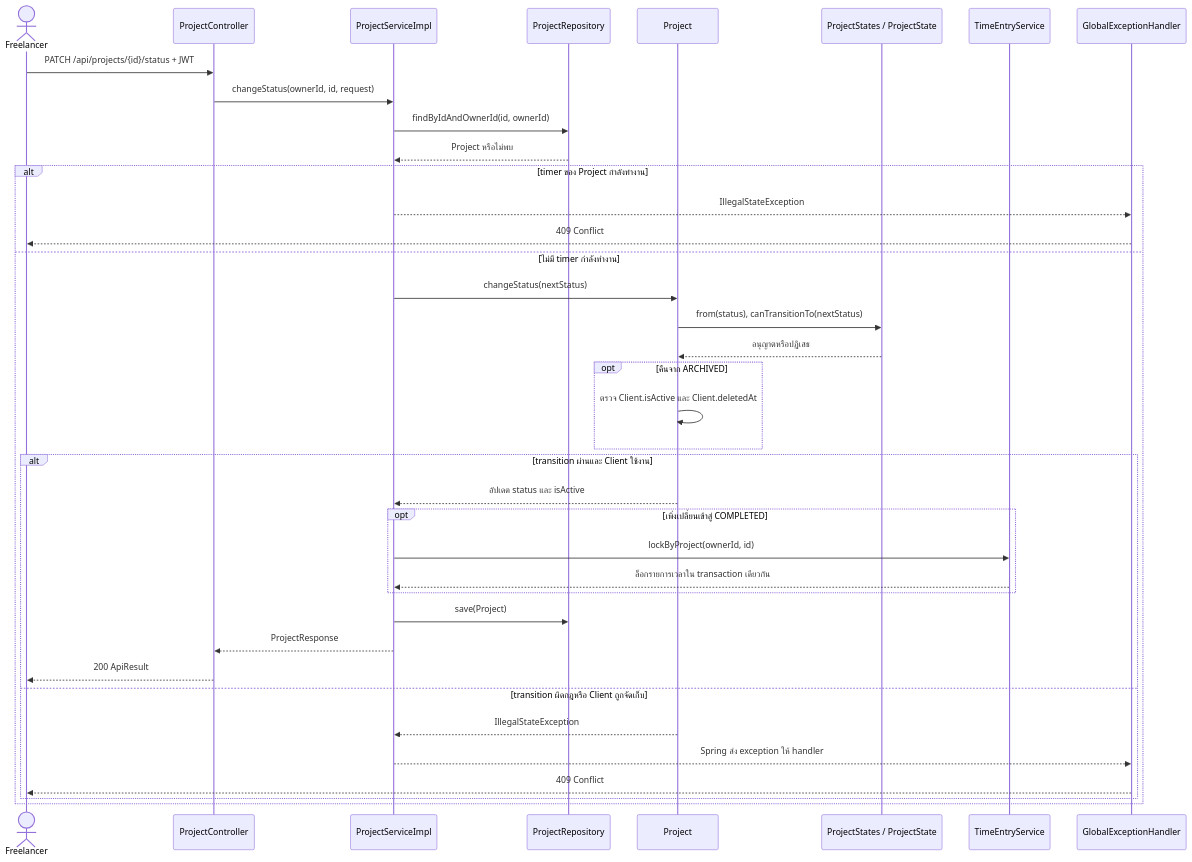
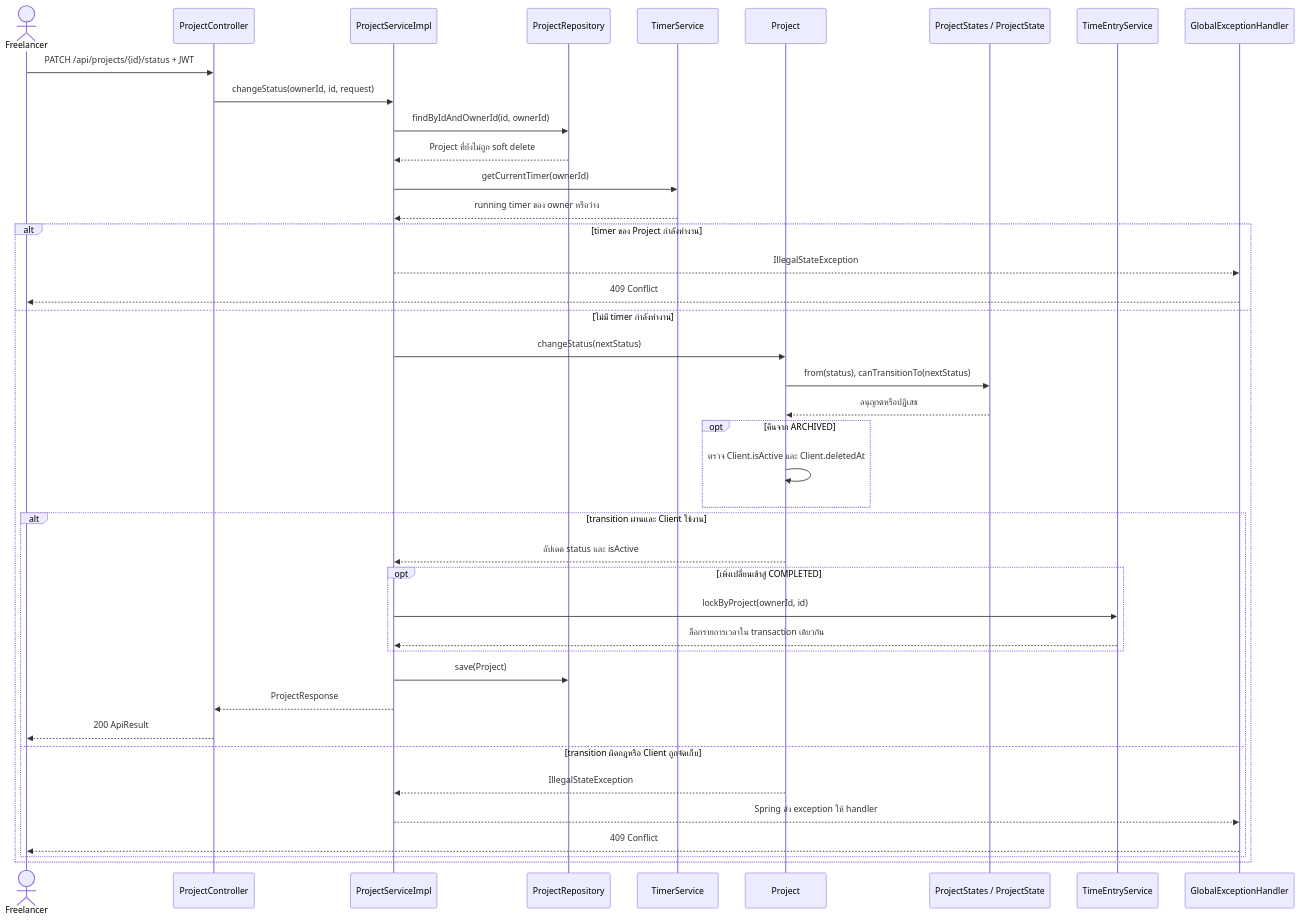
The diagram in doc/V1/USECASE/kantavit-usecase.md (lillianxhub/freelance-hub), drawn with Mermaid before and after one commit. The commit also changed other lines of this file and 7 other files, not shown here.

````diff
--- a/doc/V1/USECASE/kantavit-usecase.md
+++ b/doc/V1/USECASE/kantavit-usecase.md
@@ -128,40 +131,43 @@
 ```mermaid
 sequenceDiagram
     actor F as Freelancer
     participant C as ProjectController
     participant S as ProjectServiceImpl
     participant R as ProjectRepository
+    participant T as TimerService
     participant P as Project
     participant ST as ProjectStates / ProjectState
     participant TE as TimeEntryService
     participant H as GlobalExceptionHandler
     F->>C: PATCH /api/projects/{id}/status + JWT
     C->>S: changeStatus(ownerId, id, request)
     S->>R: findByIdAndOwnerId(id, ownerId)
-    R-->>S: Project หรือไม่พบ
+    R-->>S: Project ที่ยังไม่ถูก soft delete
+    S->>T: getCurrentTimer(ownerId)
+    T-->>S: running timer ของ owner หรือว่าง
     alt timer ของ Project กำลังทำงาน
         S-->>H: IllegalStateException
         H-->>F: 409 Conflict
     else ไม่มี timer กำลังทำงาน
         S->>P: changeStatus(nextStatus)
         P->>ST: from(status), canTransitionTo(nextStatus)
         ST-->>P: อนุญาตหรือปฏิเสธ
         opt คืนจาก ARCHIVED
             P->>P: ตรวจ Client.isActive และ Client.deletedAt
         end
         alt transition ผ่านและ Client ใช้งาน
             P-->>S: อัปเดต status และ isActive
             opt เพิ่งเปลี่ยนเข้าสู่ COMPLETED
                 S->>TE: lockByProject(ownerId, id)
                 TE-->>S: ล็อกรายการเวลาใน transaction เดียวกัน
             end
             S->>R: save(Project)
             S-->>C: ProjectResponse
             C-->>F: 200 ApiResult
         else transition ผิดกฎหรือ Client ถูกจัดเก็บ
             P-->>S: IllegalStateException
             S-->>H: Spring ส่ง exception ให้ handler
             H-->>F: 409 Conflict
         end
     end
 ```
````
